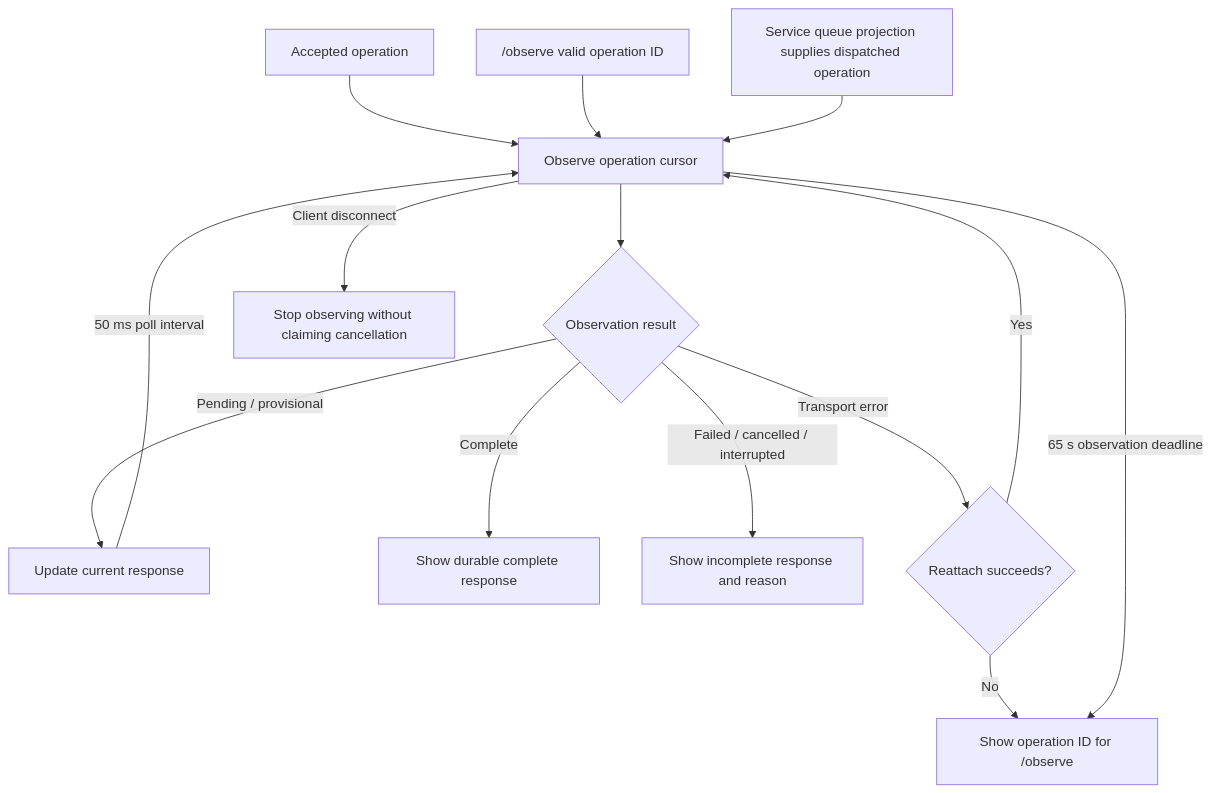
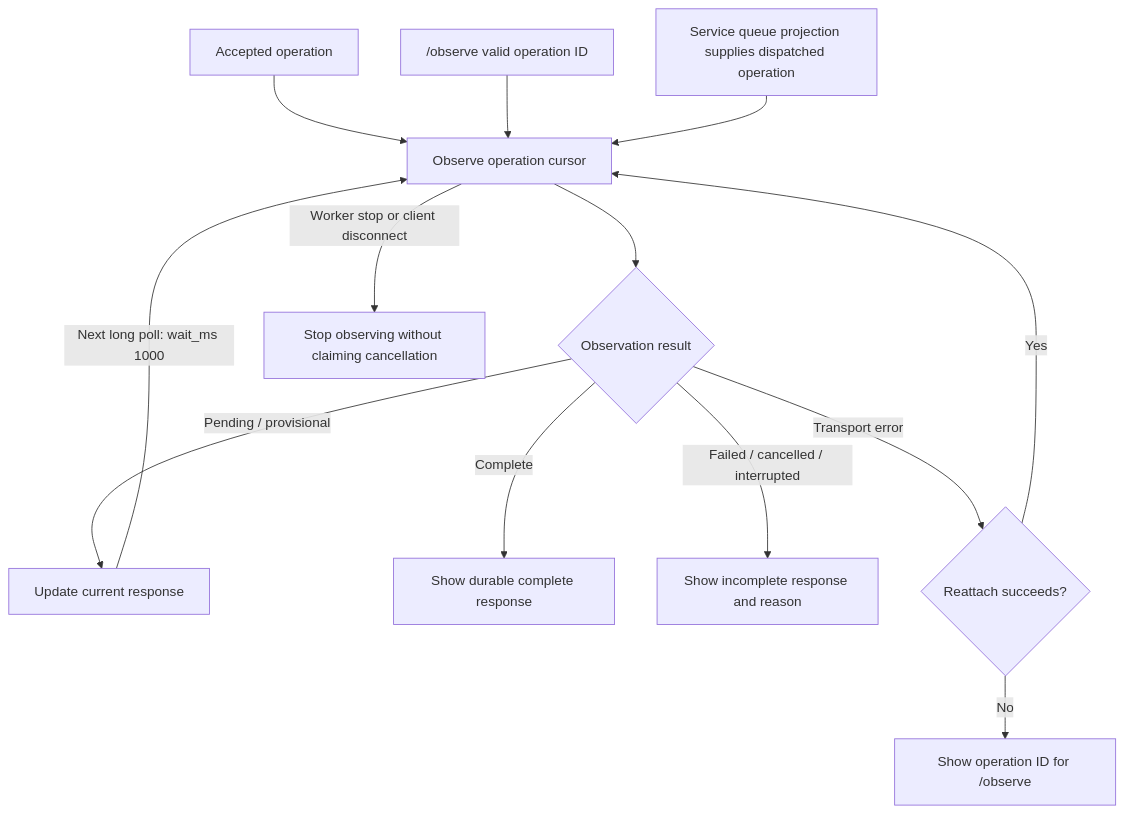
Before and after one commit to pidster/asura: diagram 12 of 17 in docs/designs/command-flows.md, drawn with Mermaid. The commit also changed other lines of this file and 29 other files, not shown here.

````diff
--- a/docs/designs/command-flows.md
+++ b/docs/designs/command-flows.md
@@ -338,16 +361,15 @@
 ```mermaid
 flowchart TD
     Accept["Accepted operation"] --> Observe["Observe operation cursor"]
     Explicit["/observe valid operation ID"] --> Observe
     Queued["Service queue projection supplies dispatched operation"] --> Observe
     Observe --> Result{"Observation result"}
     Result -->|"Pending / provisional"| Progress["Update current response"]
-    Progress -->|"50 ms poll interval"| Observe
+    Progress -->|"Next long poll: wait_ms 1000"| Observe
     Result -->|Complete| Complete["Show durable complete response"]
     Result -->|"Failed / cancelled / interrupted"| Incomplete["Show incomplete response and reason"]
     Result -->|"Transport error"| Attach{"Reattach succeeds?"}
     Attach -->|Yes| Observe
     Attach -->|No| Later["Show operation ID for /observe"]
-    Observe -->|"65 s observation deadline"| Later
-    Observe -->|"Client disconnect"| Stop["Stop observing without claiming cancellation"]
+    Observe -->|"Worker stop or client disconnect"| Stop["Stop observing without claiming cancellation"]
 ```
````
